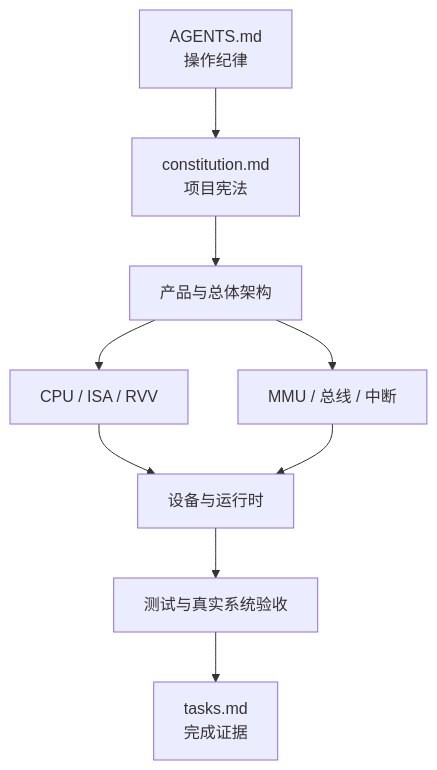
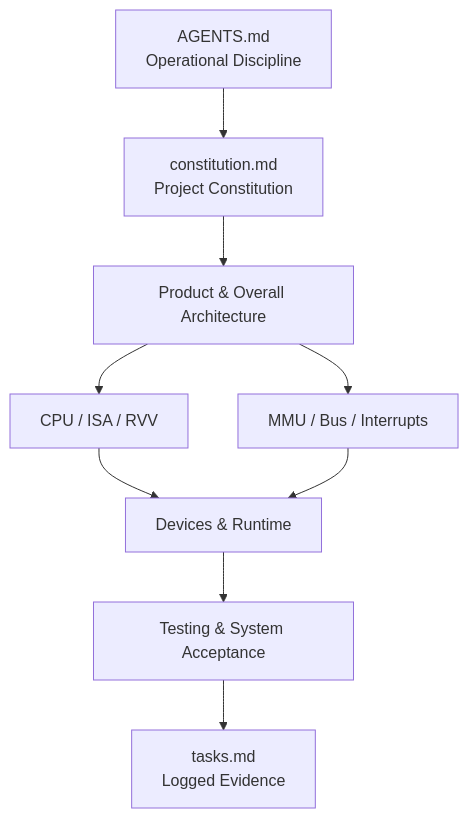
Before and after one commit to billzi2016/homemade-risc-v-64-vector-linux-emulator: the diagram in specs/README.md, drawn with Mermaid. The commit also changed other lines of this file and 44 other files, not shown here.

````diff
--- a/specs/README.md
+++ b/specs/README.md
@@ -16,11 +16,11 @@
 ```mermaid
 flowchart TD
-    A[AGENTS.md<br/>操作纪律] --> B[constitution.md<br/>项目宪法]
-    B --> C[产品与总体架构]
+    A[AGENTS.md<br/>Operational Discipline] --> B[constitution.md<br/>Project Constitution]
+    B --> C[Product & Overall Architecture]
     C --> D[CPU / ISA / RVV]
-    C --> E[MMU / 总线 / 中断]
-    D --> F[设备与运行时]
+    C --> E[MMU / Bus / Interrupts]
+    D --> F[Devices & Runtime]
     E --> F
-    F --> G[测试与真实系统验收]
-    G --> H[tasks.md<br/>完成证据]
+    F --> G[Testing & System Acceptance]
+    G --> H[tasks.md<br/>Logged Evidence]
 ```
````
